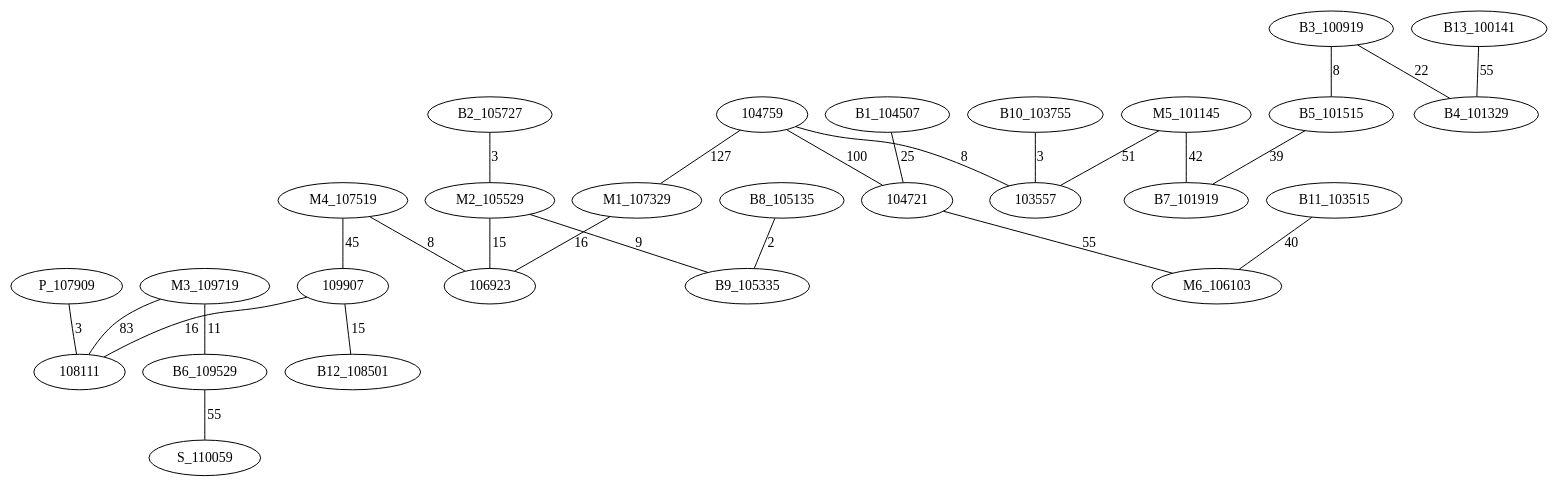
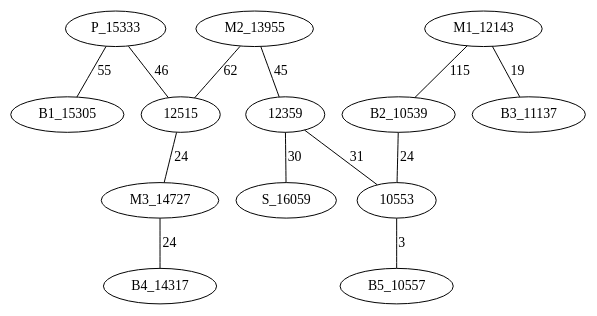
The diagram in Graph.dot (AsmNoob/Labyrinthe), drawn with Graphviz before and after one commit. The commit also changed 5 other files, not shown here.

```diff
--- a/Graph.dot
+++ b/Graph.dot
@@ -1,30 +1,16 @@
 graph chemin {
 
-	P_107909 -- 108111 [label=3]
-	104759 -- 104721 [label=100]
-	104759 -- 103557 [label=8]
-	104759 -- M1_107329 [label=127]
-	B1_104507 -- 104721 [label=25]
-	B2_105727 -- M2_105529 [label=3]
-	B3_100919 -- B4_101329 [label=22]
-	B3_100919 -- B5_101515 [label=8]
-	M3_109719 -- 108111 [label=83]
-	M3_109719 -- B6_109529 [label=11]
-	M4_107519 -- 106923 [label=8]
-	M4_107519 -- 109907 [label=45]
-	M5_101145 -- B7_101919 [label=42]
-	M5_101145 -- 103557 [label=51]
-	B6_109529 -- S_110059 [label=55]
-	B8_105135 -- B9_105335 [label=2]
-	M1_107329 -- 106923 [label=16]
-	104721 -- M6_106103 [label=55]
-	B10_103755 -- 103557 [label=3]
-	B11_103515 -- M6_106103 [label=40]
-	B5_101515 -- B7_101919 [label=39]
-	109907 -- B12_108501 [label=15]
-	109907 -- 108111 [label=16]
-	B13_100141 -- B4_101329 [label=55]
-	M2_105529 -- 106923 [label=15]
-	M2_105529 -- B9_105335 [label=9]
+	P_15333 -- 12515 [label=46]
+	P_15333 -- B1_15305 [label=55]
+	M1_12143 -- B2_10539 [label=115]
+	M1_12143 -- B3_11137 [label=19]
+	M2_13955 -- 12515 [label=62]
+	M2_13955 -- 12359 [label=45]
+	12515 -- M3_14727 [label=24]
+	12359 -- 10553 [label=31]
+	12359 -- S_16059 [label=30]
+	B2_10539 -- 10553 [label=24]
+	M3_14727 -- B4_14317 [label=24]
+	10553 -- B5_10557 [label=3]
 
 }
```
